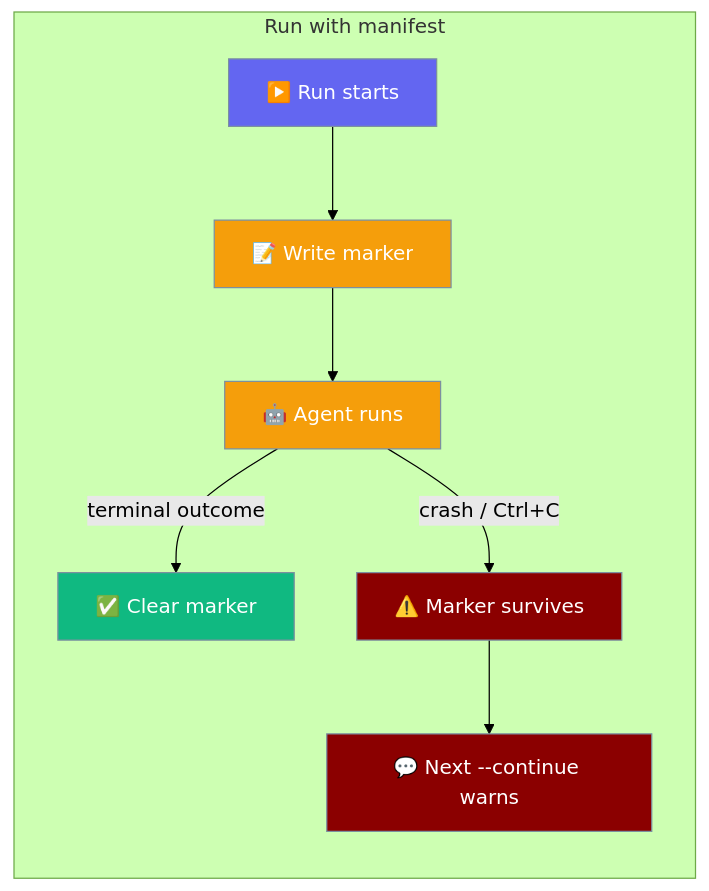
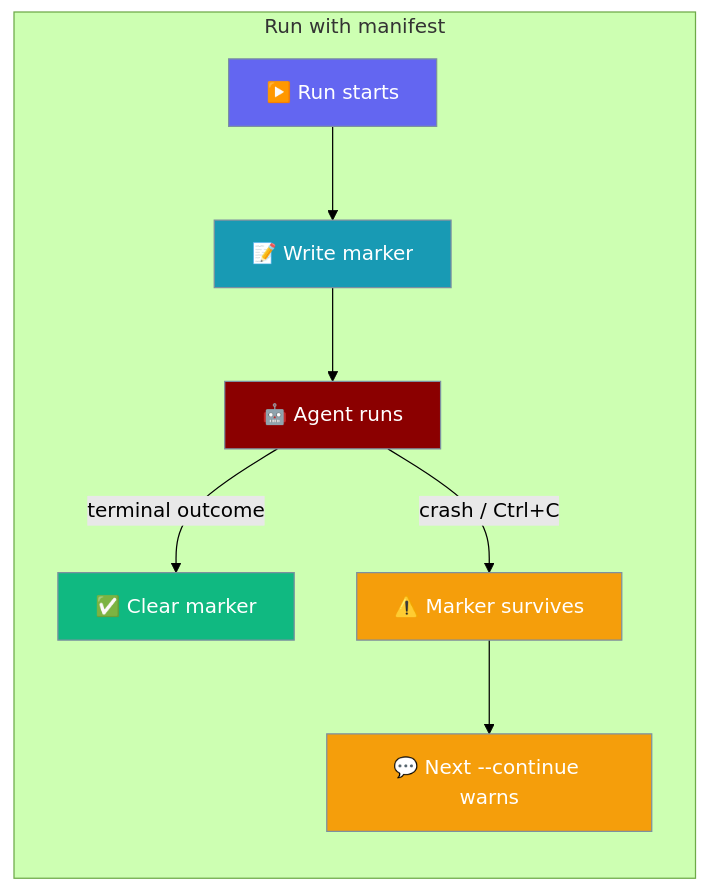
One commit to MervinPraison/PraisonAIDocs changed the first of 2 diagrams in docs/features/session-manifest.mdx. Above: the diagram before and after it, drawn with Mermaid (forest theme). The commit also changed other lines of this file, not shown here.

Commit message:
fix: clarify manifest-only prompt digest, retry-crash example, diagram palette

````diff
--- a/docs/features/session-manifest.mdx
+++ b/docs/features/session-manifest.mdx
@@ -18,20 +18,22 @@
 ```mermaid
 graph LR
     subgraph "Run with manifest"
         Start[▶️ Run starts] --> Marker[📝 Write marker]
         Marker --> Agent[🤖 Agent runs]
         Agent -->|"terminal outcome"| Clear[✅ Clear marker]
         Agent -->|"crash / Ctrl+C"| Survive[⚠️ Marker survives]
         Survive --> Warn[💬 Next --continue warns]
     end
 
     classDef start fill:#6366F1,stroke:#7C90A0,color:#fff
-    classDef write fill:#F59E0B,stroke:#7C90A0,color:#fff
+    classDef write fill:#189AB4,stroke:#7C90A0,color:#fff
+    classDef agent fill:#8B0000,stroke:#7C90A0,color:#fff
     classDef ok fill:#10B981,stroke:#7C90A0,color:#fff
-    classDef warn fill:#8B0000,stroke:#7C90A0,color:#fff
+    classDef warn fill:#F59E0B,stroke:#7C90A0,color:#fff
 
     class Start start
-    class Marker,Agent write
+    class Marker write
+    class Agent agent
     class Clear ok
     class Survive,Warn warn
 ```
````
